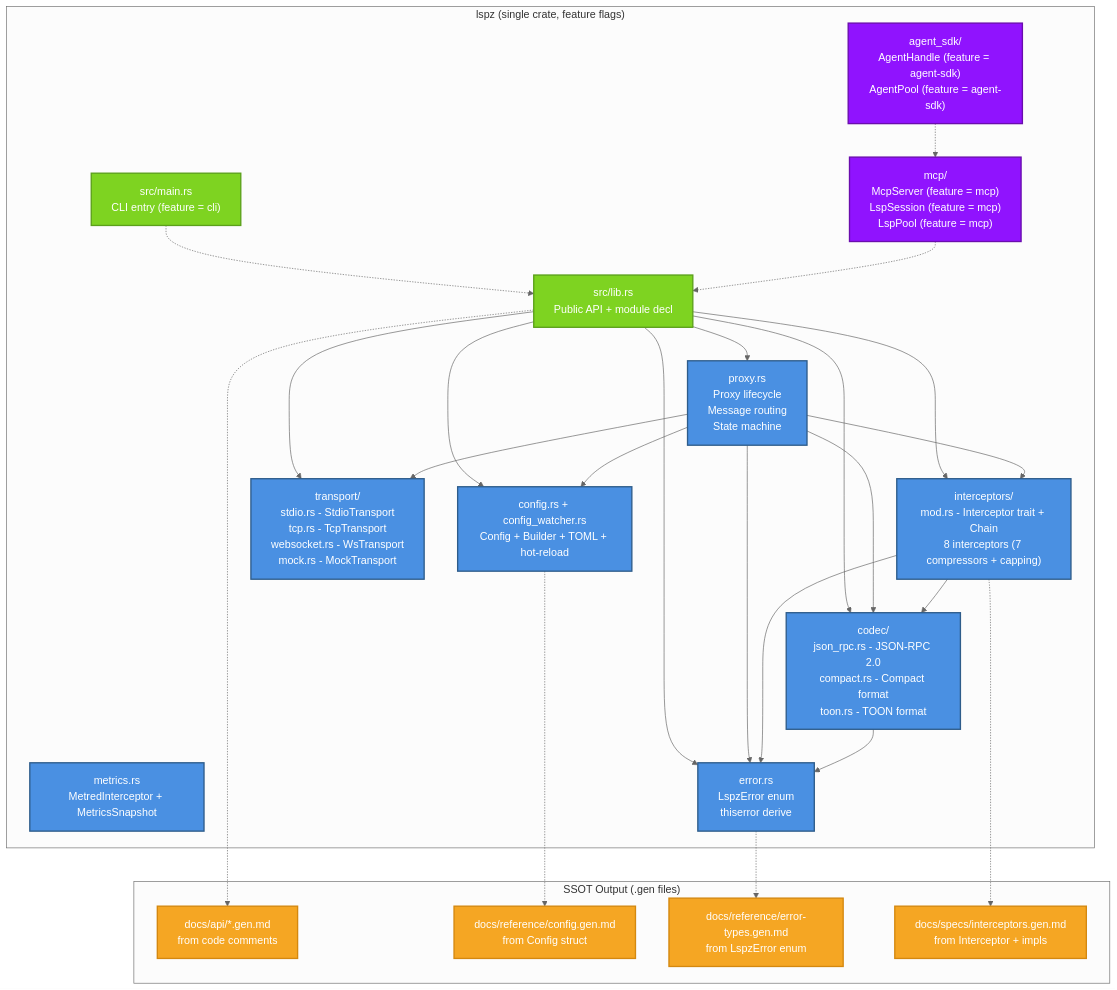
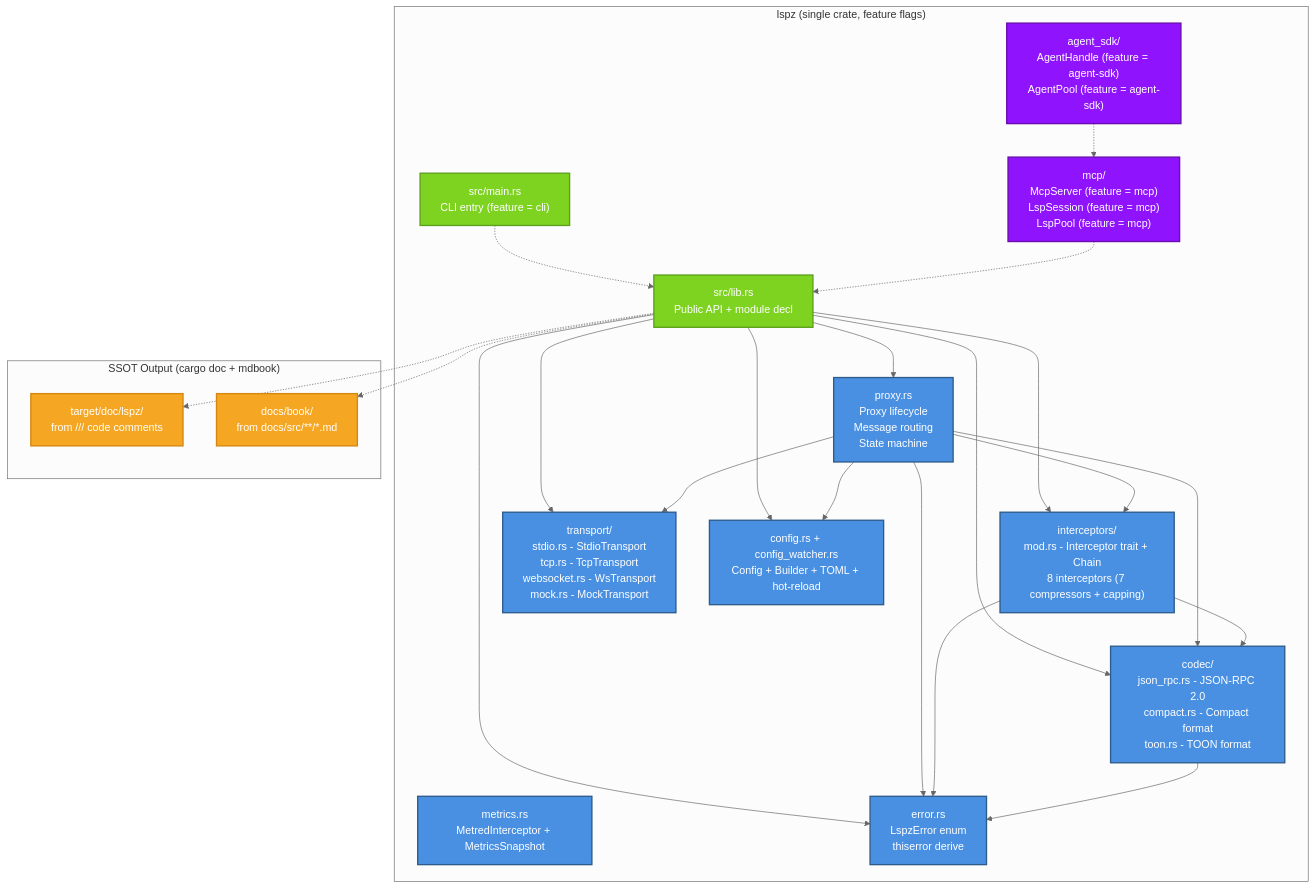
Before and after one commit to StrayDragon/lspz: the ninth of 9 diagrams in docs/src/architecture.md, drawn with Mermaid (neutral theme). The commit also changed other lines of this file and 9 other files, not shown here.

````diff
--- a/docs/src/architecture.md
+++ b/docs/src/architecture.md
@@ -494,56 +494,52 @@
 ```mermaid
 graph TD
     subgraph Crate["lspz (single crate, feature flags)"]
         LIB["src/lib.rs<br/>Public API + module decl"]
         CLI["src/main.rs<br/>CLI entry (feature = cli)"]
         PROXY["proxy.rs<br/>Proxy lifecycle<br/>Message routing<br/>State machine"]
         INTERCEPTOR["interceptors/<br/>mod.rs - Interceptor trait + Chain<br/>8 interceptors (7 compressors + capping)"]
         CODEC["codec/<br/>json_rpc.rs - JSON-RPC 2.0<br/>compact.rs - Compact format<br/>toon.rs - TOON format"]
         TRANSPORT["transport/<br/>stdio.rs - StdioTransport<br/>tcp.rs - TcpTransport<br/>websocket.rs - WsTransport<br/>mock.rs - MockTransport"]
         MCPMOD["mcp/<br/>McpServer (feature = mcp)<br/>LspSession (feature = mcp)<br/>LspPool (feature = mcp)"]
         AGENT["agent_sdk/<br/>AgentHandle (feature = agent-sdk)<br/>AgentPool (feature = agent-sdk)"]
         CONFIG["config.rs + config_watcher.rs<br/>Config + Builder + TOML + hot-reload"]
         METRICS["metrics.rs<br/>MetredInterceptor + MetricsSnapshot"]
         ERROR["error.rs<br/>LspzError enum<br/>thiserror derive"]
     end
 
-    subgraph SSOT["SSOT Output (.gen files)"]
-        APIDOC["docs/api/*.gen.md<br/>from code comments"]
-        CONFIGDOC["docs/reference/config.gen.md<br/>from Config struct"]
-        ERRDOC["docs/reference/error-types.gen.md<br/>from LspzError enum"]
-        INTERCEPTORDOC["docs/specs/interceptors.gen.md<br/>from Interceptor + impls"]
+    subgraph SSOT["SSOT Output (cargo doc + mdbook)"]
+        APIDOC["target/doc/lspz/<br/>from /// code comments"]
+        BOOK["docs/book/<br/>from docs/src/**/*.md"]
     end
 
     CLI -.-> LIB
     MCPMOD -.-> LIB
     AGENT -.-> MCPMOD
     LIB --> PROXY
     LIB --> INTERCEPTOR
     LIB --> CODEC
     LIB --> TRANSPORT
     LIB --> CONFIG
     LIB --> ERROR
     PROXY --> INTERCEPTOR
     PROXY --> CODEC
     PROXY --> TRANSPORT
     PROXY --> CONFIG
     PROXY --> ERROR
     INTERCEPTOR --> CODEC
     INTERCEPTOR --> ERROR
     CODEC --> ERROR
 
     LIB -.-> APIDOC
-    CONFIG -.-> CONFIGDOC
-    ERROR -.-> ERRDOC
-    INTERCEPTOR -.-> INTERCEPTORDOC
+    LIB -.-> BOOK
 
     classDef crate fill:#7ED321,stroke:#5BA01A,stroke-width:2px,color:#fff
     classDef module fill:#4A90E2,stroke:#2E5C8A,stroke-width:2px,color:#fff
     classDef ssot fill:#F5A623,stroke:#D4880F,stroke-width:2px,color:#fff
     classDef optional fill:#9013FE,stroke:#6A0DAD,stroke-width:2px,color:#fff
 
     class LIB,CLI crate
     class PROXY,INTERCEPTOR,CODEC,TRANSPORT,CONFIG,METRICS,ERROR module
     class MCPMOD,AGENT optional
-    class APIDOC,CONFIGDOC,ERRDOC,INTERCEPTORDOC ssot
+    class APIDOC,BOOK ssot
 ```
````
